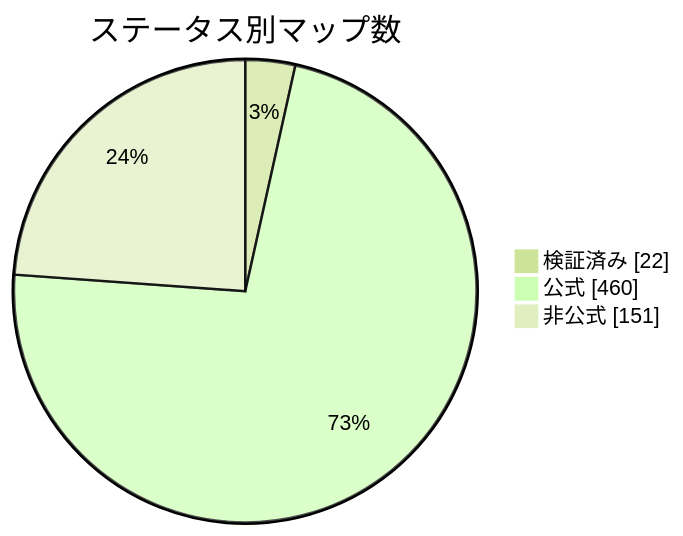
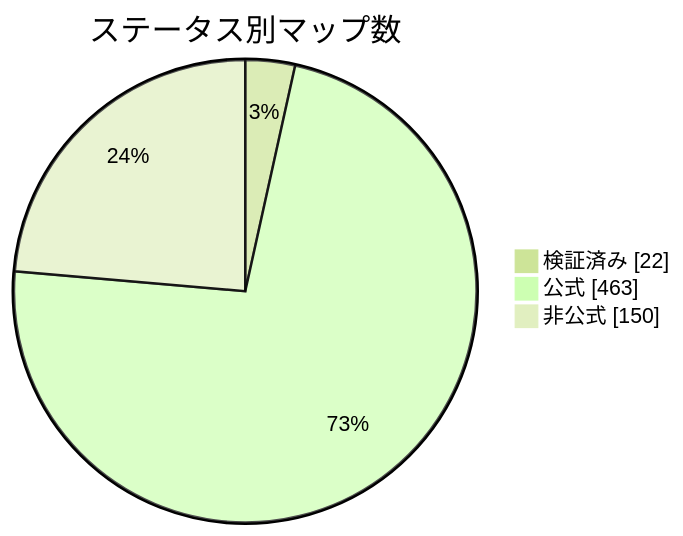
One commit to nobrega8/mbmap-library changed the diagram in docs/readme/README_JP.md. Above: the diagram before and after it, drawn with Mermaid (forest theme). The commit also changed 4 other files, not shown here.

````diff
--- a/docs/readme/README_JP.md
+++ b/docs/readme/README_JP.md
@@ -54,7 +54,7 @@
 ```mermaid
 pie showData
     title ステータス別マップ数
     "検証済み" : 22
-    "公式" : 460
-    "非公式" : 151
+    "公式" : 463
+    "非公式" : 150
 ```
````
